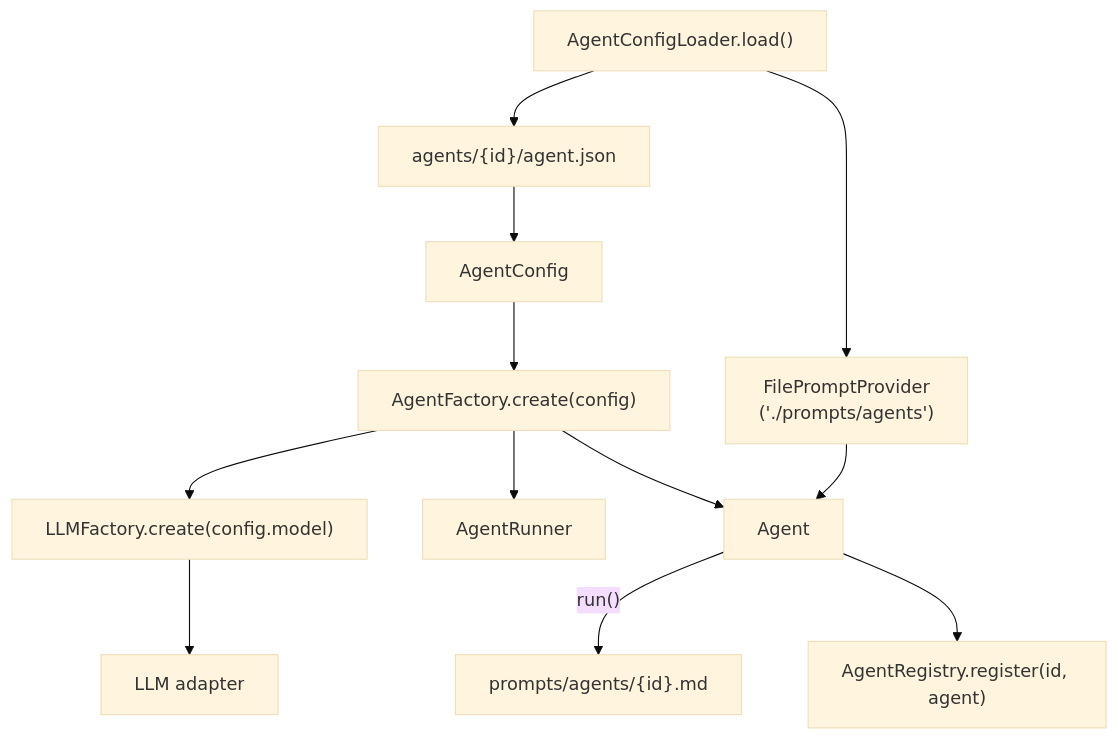
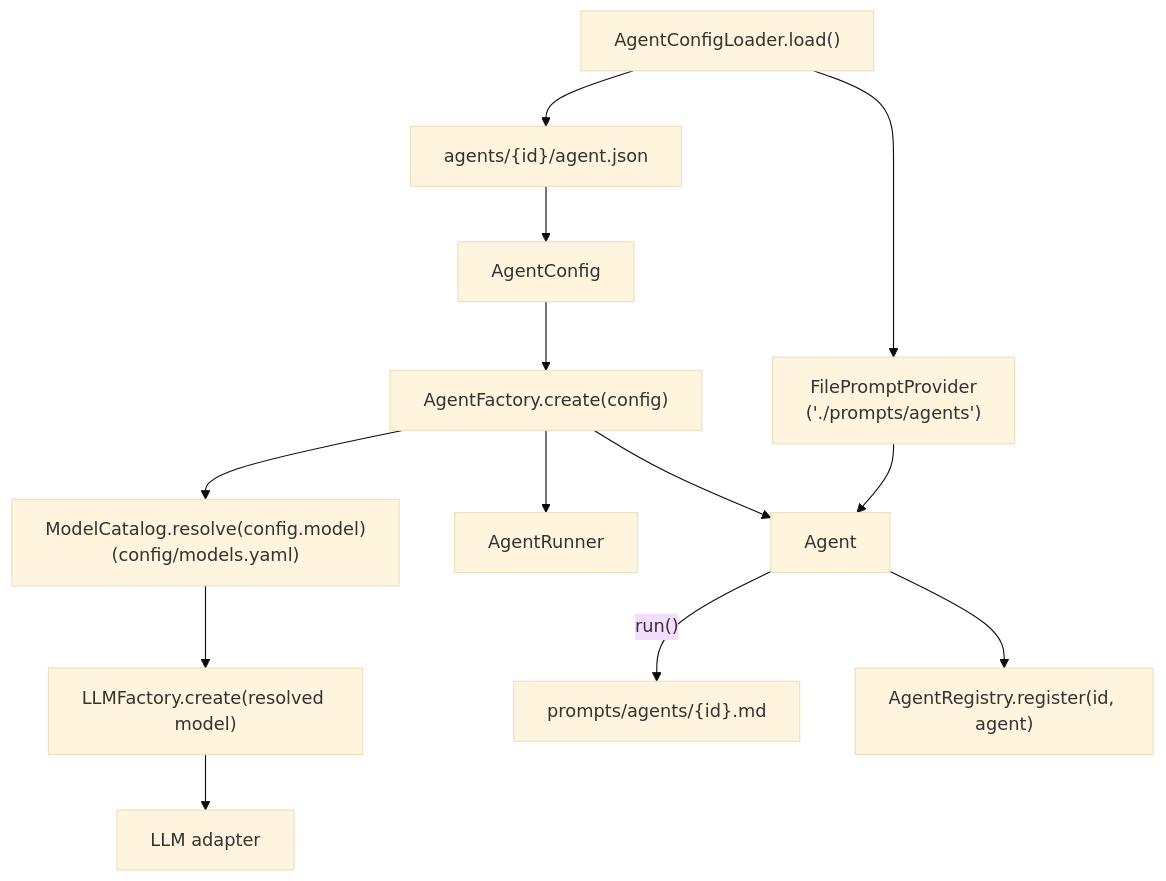
Before and after one commit to imKashyap/agentic-harness: the diagram in docs/diagrams/agent-loading.mmd, drawn with Mermaid (base theme). The commit also changed 44 other files, not shown here.

```diff
--- a/docs/diagrams/agent-loading.mmd
+++ b/docs/diagrams/agent-loading.mmd
@@ -1,17 +1,18 @@
 flowchart TD
     ACL["AgentConfigLoader.load()"] --> JSON["agents/{id}/agent.json"]
     JSON --> AC["AgentConfig"]
 
     ACL --> FP["FilePromptProvider<br/>('./prompts/agents')"]
 
     AC --> AF["AgentFactory.create(config)"]
-    AF --> LF["LLMFactory.create(config.model)"]
+    AF --> MC["ModelCatalog.resolve(config.model)<br/>(config/models.yaml)"]
+    MC --> LF["LLMFactory.create(resolved model)"]
     LF --> LLM["LLM adapter"]
     AF --> AR["AgentRunner"]
     AF --> AG["Agent"]
 
     FP --> AG
 
     AG -->|"run()"| PROMPT["prompts/agents/{id}.md"]
 
     AG --> REG["AgentRegistry.register(id, agent)"]
```
